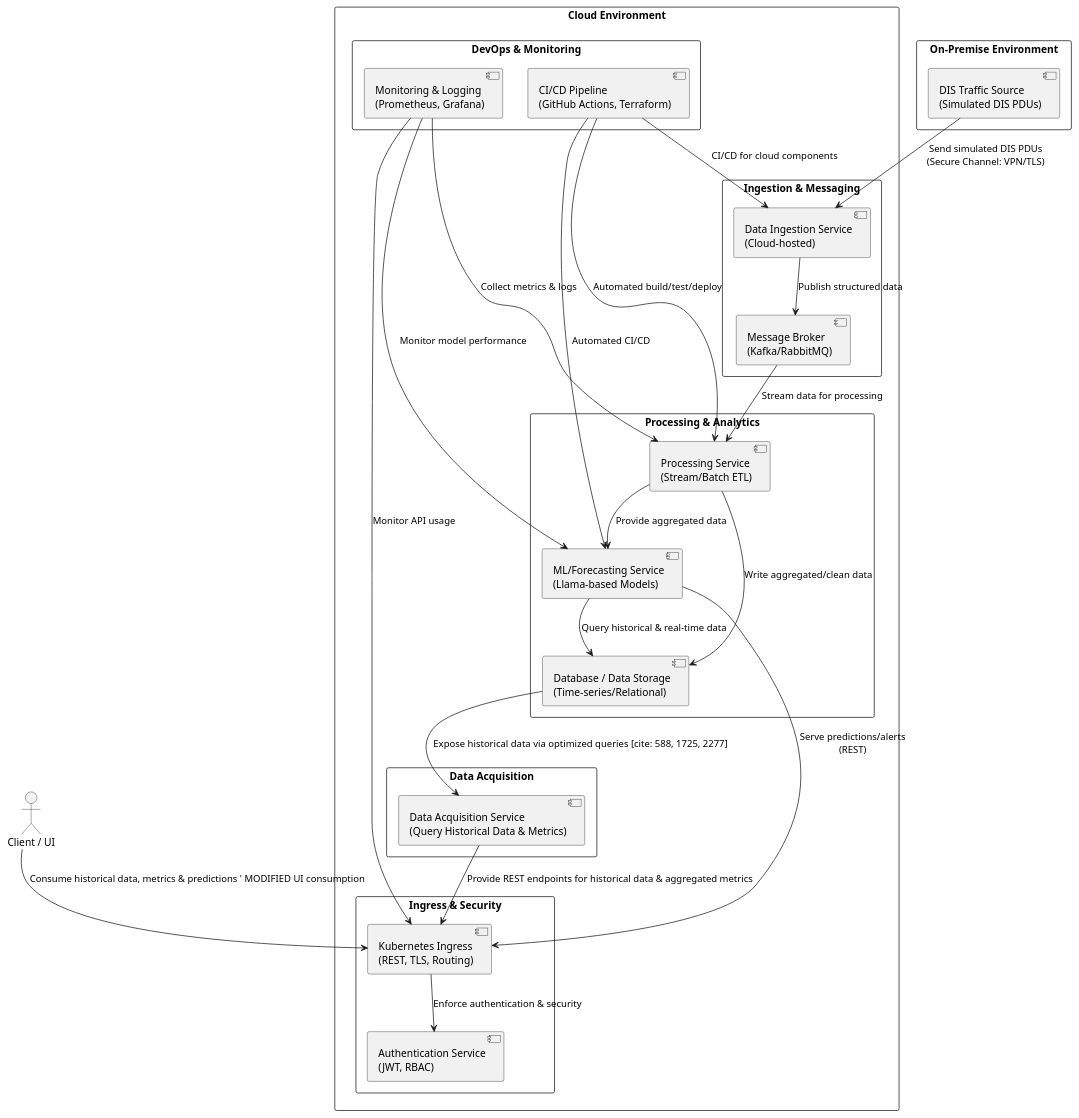
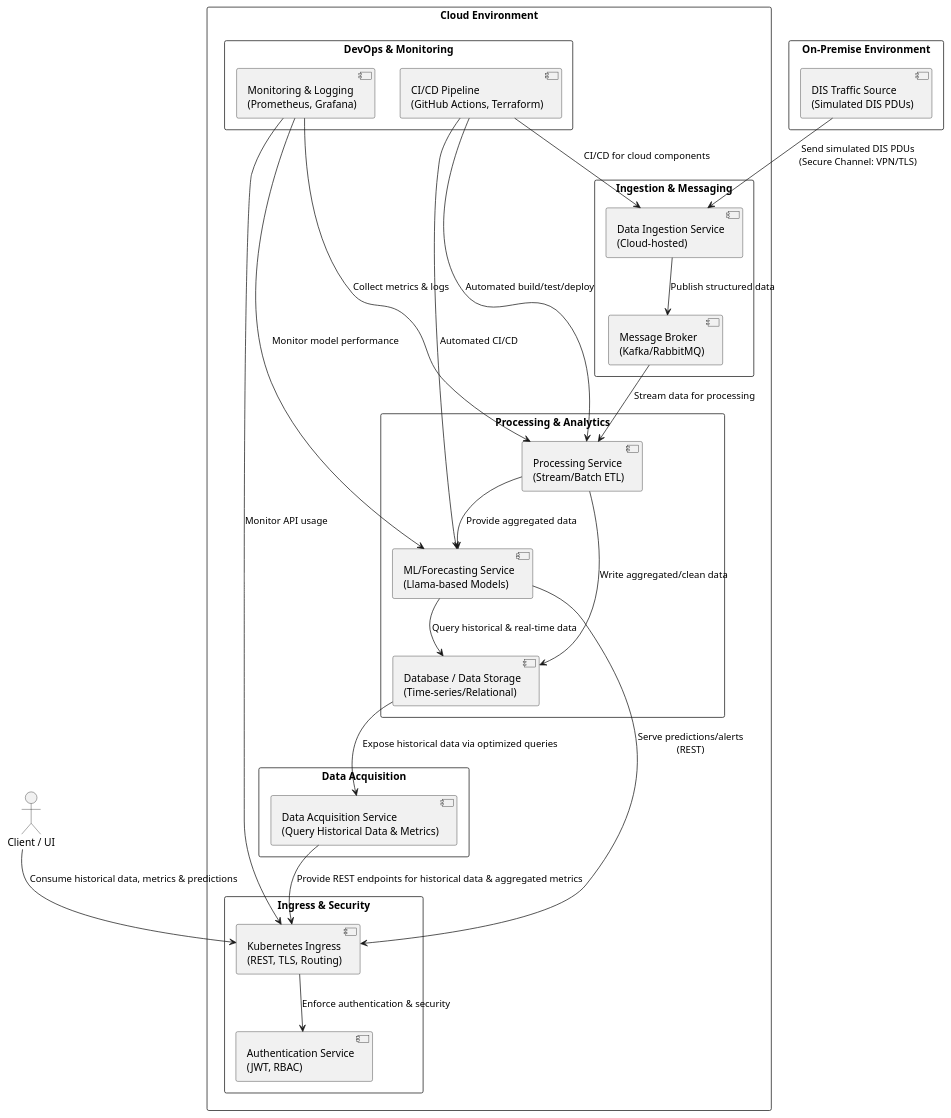
The diagram in OverallArchitecture_V3.puml (NUS-ISS-Projects/cap-backend-k8s), drawn with PlantUML before and after one commit.

Commit message:
Updated arch.

```diff
--- a/OverallArchitecture_V3.puml
+++ b/OverallArchitecture_V3.puml
@@ -1,67 +1,67 @@
 @startuml
 skinparam packageStyle rectangle
 
 actor "Client / UI" as UI
 
 ' On-Premise components
 package "On-Premise Environment" {
   [DIS Traffic Source\n(Simulated DIS PDUs)] as DIS_Source
 }
 
 ' Cloud components
 package "Cloud Environment" {
   package "Ingestion & Messaging" {
     [Data Ingestion Service\n(Cloud-hosted)] as Ingestion
     [Message Broker\n(Kafka/RabbitMQ)] as Broker
   }
   
   package "Processing & Analytics" {
     [Processing Service\n(Stream/Batch ETL)] as Processing
     [ML/Forecasting Service\n(Llama-based Models)] as MLService
     [Database / Data Storage\n(Time-series/Relational)] as Storage
   }
   
   package "Data Acquisition" {
     [Data Acquisition Service\n(Query Historical Data & Metrics)] as DataAcquire
   }
   
   package "Ingress & Security" {
     [Kubernetes Ingress\n(REST, TLS, Routing)] as Ingress
     [Authentication Service\n(JWT, RBAC)] as AuthService
   }
   
   package "DevOps & Monitoring" {
     [Monitoring & Logging\n(Prometheus, Grafana)] as Monitor
     [CI/CD Pipeline\n(GitHub Actions, Terraform)] as CICD
   }
 }
 
 ' Interactions between on-premise and cloud
 DIS_Source --> Ingestion : Send simulated DIS PDUs\n(Secure Channel: VPN/TLS)
 Ingestion --> Broker : Publish structured data
 Broker --> Processing : Stream data for processing
 Processing --> Storage : Write aggregated/clean data
 
 ' Data Acquisition for historical queries and metrics
-Storage --> DataAcquire : Expose historical data via optimized queries [cite: 588, 1725, 2277]
+Storage --> DataAcquire : Expose historical data via optimized queries
 ' MODIFIED LABEL AND DESCRIPTION for DataAcquire to Ingress
 DataAcquire --> Ingress : Provide REST endpoints for historical data & aggregated metrics 
 
 ' ML & API interaction
 Processing --> MLService : Provide aggregated data
 MLService --> Storage : Query historical & real-time data
 MLService --> Ingress : Serve predictions/alerts\n(REST)
 
 ' Ingress and security flow
 Ingress --> AuthService : Enforce authentication & security
-UI --> Ingress : Consume historical data, metrics & predictions ' MODIFIED UI consumption
+UI --> Ingress : Consume historical data, metrics & predictions
 
 ' DevOps & Monitoring interactions
 Monitor --> Processing : Collect metrics & logs
 Monitor --> MLService : Monitor model performance
 Monitor --> Ingress : Monitor API usage
 CICD --> Ingestion : CI/CD for cloud components
 CICD --> Processing : Automated build/test/deploy
 CICD --> MLService : Automated CI/CD
 
 @enduml
```
